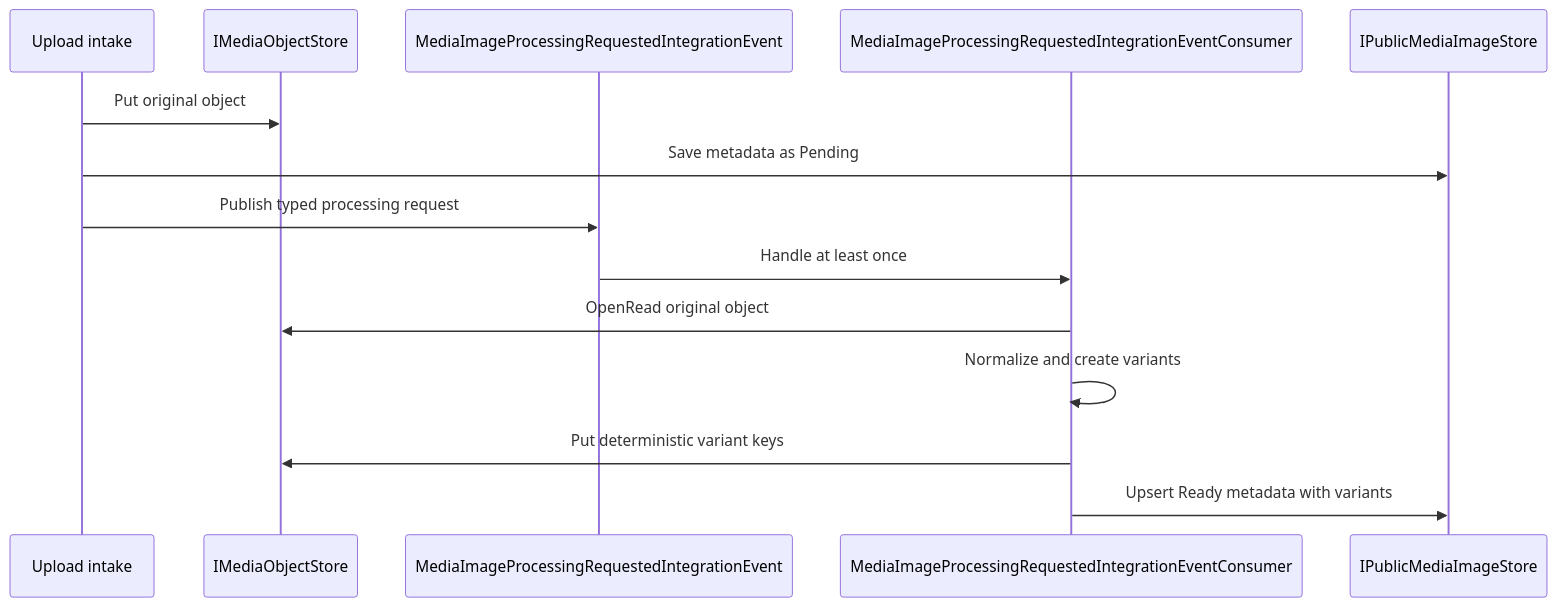
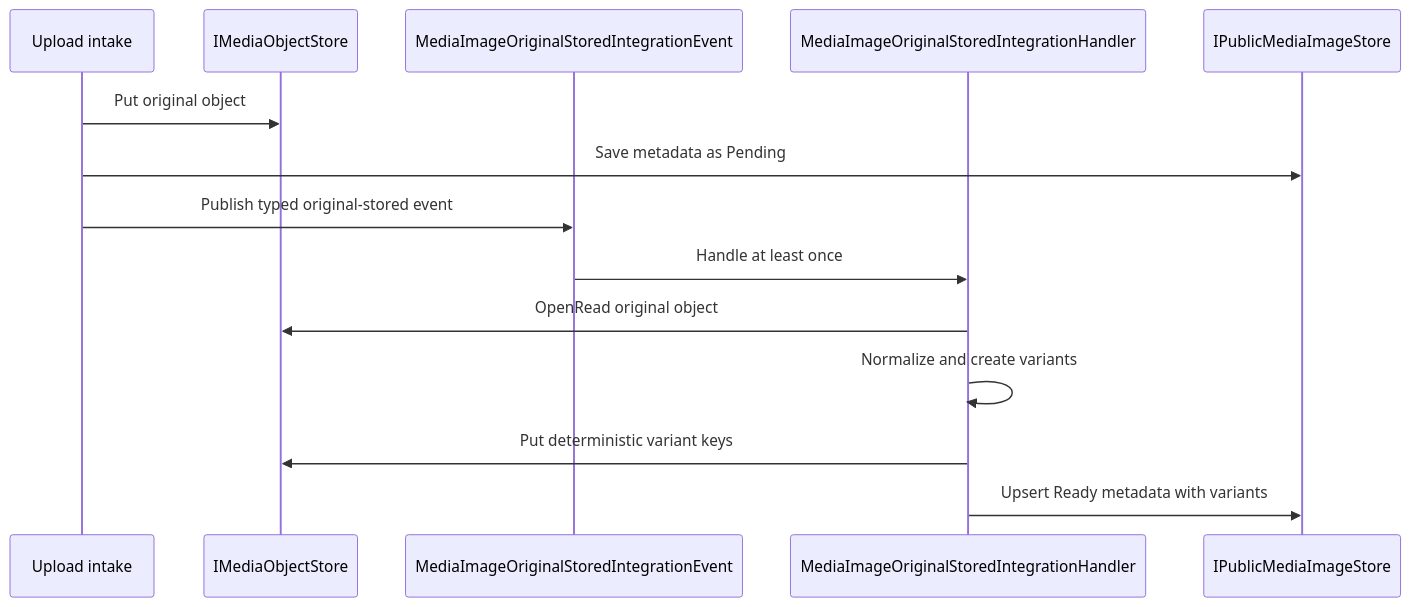
Before and after one commit to danigutsch/ViajantesTurismo: the first of 2 diagrams in docs/media-image-processing.md, drawn with Mermaid. The commit also changed 10 other files, not shown here.

Commit message:
refactor(catalog): align integration handler naming

````diff
--- a/docs/media-image-processing.md
+++ b/docs/media-image-processing.md
@@ -7,17 +7,17 @@
 ```mermaid
 sequenceDiagram
     participant Upload as Upload intake
     participant Store as IMediaObjectStore
-    participant Event as MediaImageProcessingRequestedIntegrationEvent
-    participant Consumer as MediaImageProcessingRequestedIntegrationEventConsumer
+    participant Event as MediaImageOriginalStoredIntegrationEvent
+    participant Handler as MediaImageOriginalStoredIntegrationHandler
     participant Images as IPublicMediaImageStore
 
     Upload->>Store: Put original object
     Upload->>Images: Save metadata as Pending
-    Upload->>Event: Publish typed processing request
-    Event->>Consumer: Handle at least once
-    Consumer->>Store: OpenRead original object
-    Consumer->>Consumer: Normalize and create variants
-    Consumer->>Store: Put deterministic variant keys
-    Consumer->>Images: Upsert Ready metadata with variants
+    Upload->>Event: Publish typed original-stored event
+    Event->>Handler: Handle at least once
+    Handler->>Store: OpenRead original object
+    Handler->>Handler: Normalize and create variants
+    Handler->>Store: Put deterministic variant keys
+    Handler->>Images: Upsert Ready metadata with variants
 ```
````
